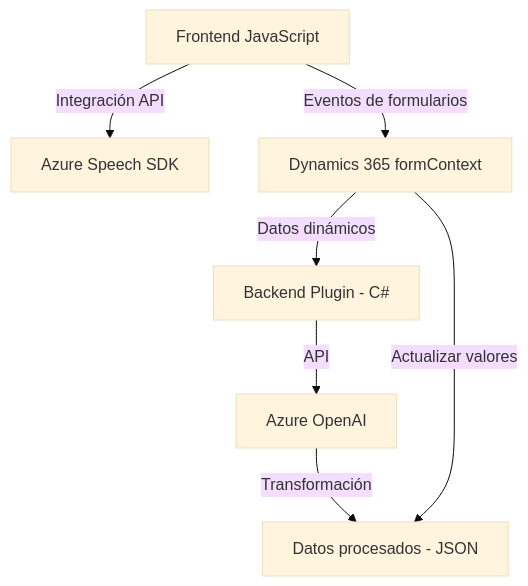
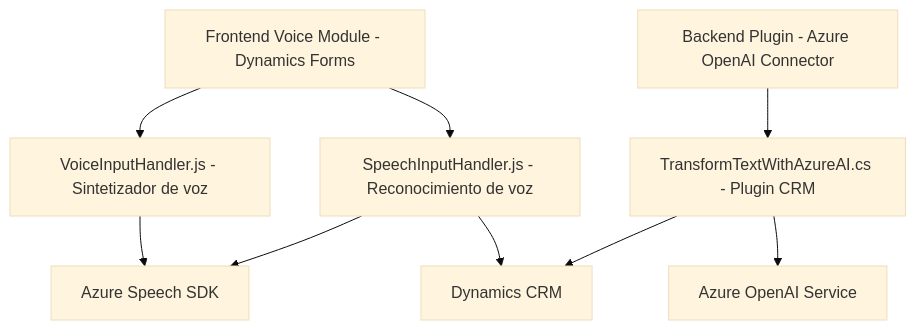
One commit to blopezdm/NETCORE_BILBAO2025 changed the diagram in README.md. Above: the diagram before and after it, drawn with Mermaid (base theme). The commit also changed other lines of this file, not shown here.

Commit message:
Actualizar análisis global de la solución con IA

````diff
--- a/README.md
+++ b/README.md
@@ -37,9 +50,20 @@
 ```mermaid
 graph TD
-  A["Frontend JavaScript"] -->|Integración API| B["Azure Speech SDK"]
-  A -->|Eventos de formularios| C["Dynamics 365 formContext"]
-  C -->|Datos dinámicos| D["Backend Plugin - C#"]
-  D -->|API| E["Azure OpenAI"]
-  E -->|Transformación| F["Datos procesados - JSON"]
-  C -->|Actualizar valores| F
+    A["Frontend Voice Module - Dynamics Forms"]
+    B["VoiceInputHandler.js - Sintetizador de voz"]
+    C["SpeechInputHandler.js - Reconocimiento de voz"]
+    D["Backend Plugin - Azure OpenAI Connector"]
+    E["TransformTextWithAzureAI.cs - Plugin CRM"]
+    F["Azure Speech SDK"]
+    G["Azure OpenAI Service"]
+    H["Dynamics CRM"]
+
+    A --> B
+    A --> C
+    B --> F
+    C --> F
+    C --> H
+    D --> E
+    E --> G
+    E --> H
 ```
````
